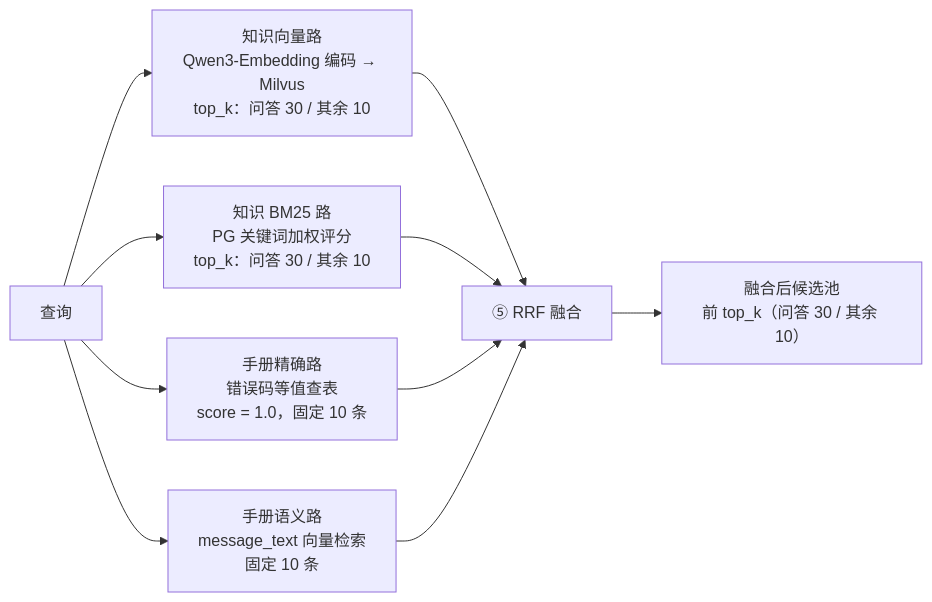
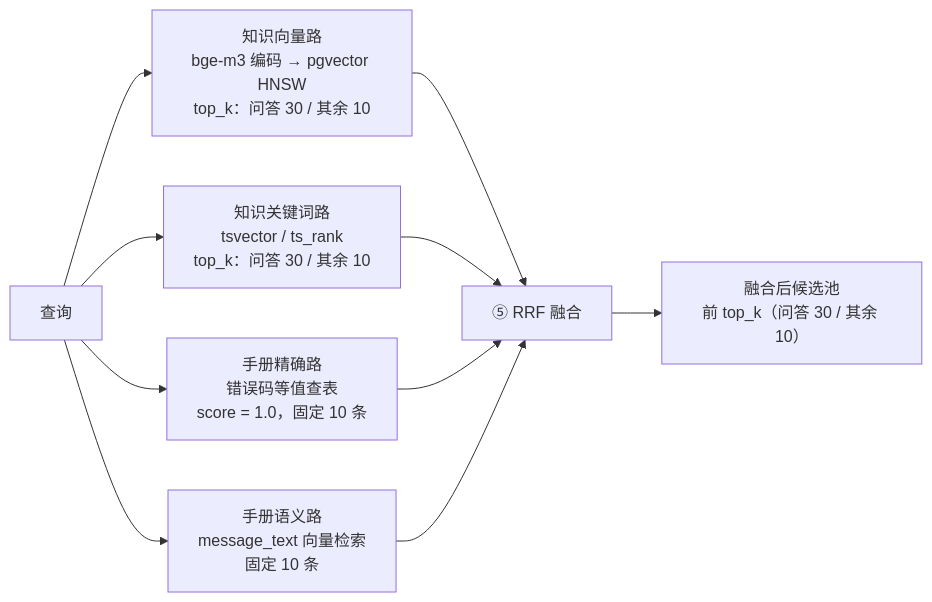
One commit to SHUN-EI/Car-Repair-System changed the fourth of 9 diagrams in 项目说明/检索链路讲解稿_含钉钉模块.md. Above: the diagram before and after it, drawn with Mermaid. The commit also changed other lines of this file and 34 other files, not shown here.

````diff
--- a/项目说明/检索链路讲解稿_含钉钉模块.md
+++ b/项目说明/检索链路讲解稿_含钉钉模块.md
@@ -261,12 +261,12 @@
 ```mermaid
 flowchart LR
-    Q["查询"] --> V["知识向量路<br/>Qwen3-Embedding 编码 → Milvus<br/>top_k：问答 30 / 其余 10"]
-    Q --> B["知识 BM25 路<br/>PG 关键词加权评分<br/>top_k：问答 30 / 其余 10"]
+    Q["查询"] --> V["知识向量路<br/>bge-m3 编码 → pgvector HNSW<br/>top_k：问答 30 / 其余 10"]
+    Q --> B["知识关键词路<br/>tsvector / ts_rank<br/>top_k：问答 30 / 其余 10"]
     Q --> ME["手册精确路<br/>错误码等值查表<br/>score = 1.0，固定 10 条"]
     Q --> MV["手册语义路<br/>message_text 向量检索<br/>固定 10 条"]
     V --> RRF["⑤ RRF 融合"]
     B --> RRF
     ME --> RRF
     MV --> RRF
     RRF --> POOL["融合后候选池<br/>前 top_k（问答 30 / 其余 10）"]
 ```
````
